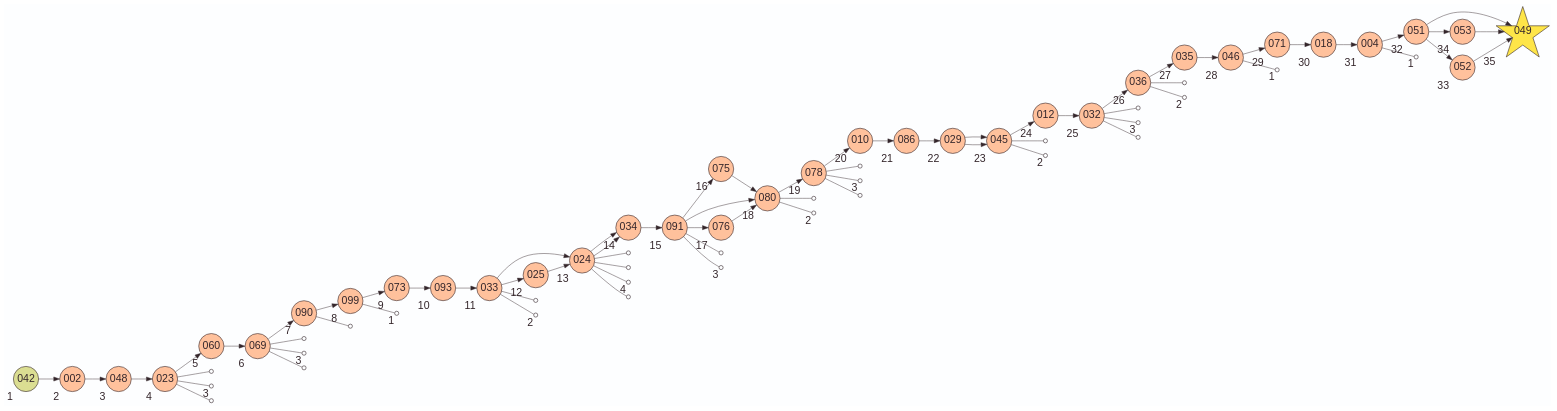
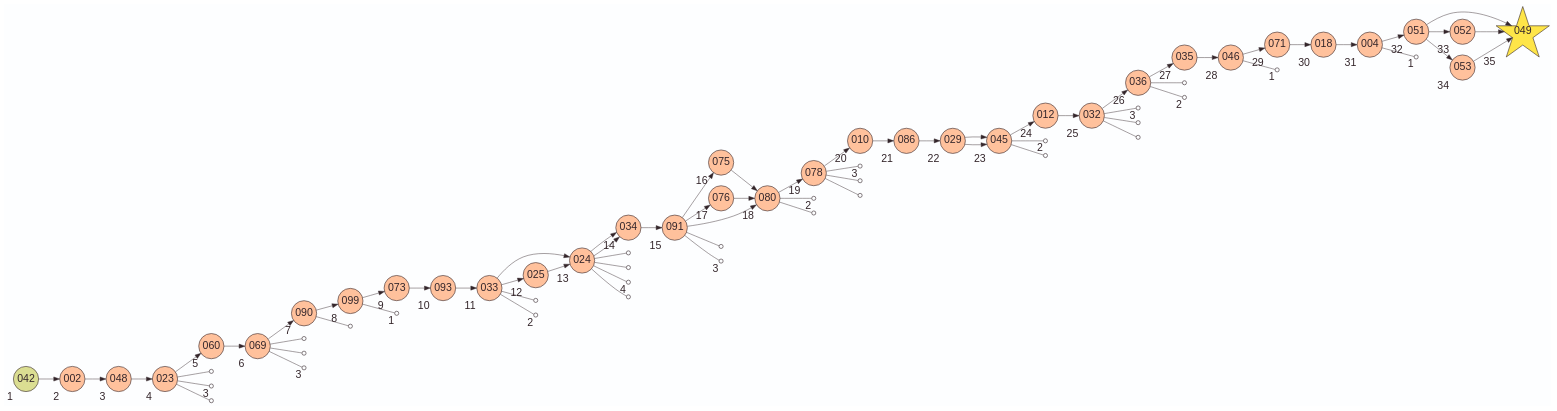
Before and after one commit to laowantong/sqlab_island: the diagram in en/mariadb/output/activity_map.gv, drawn with Graphviz. The commit also changed other lines of this file and 11 other files, not shown here.

```diff
--- a/en/mariadb/output/activity_map.gv
+++ b/en/mariadb/output/activity_map.gv
@@ -1,164 +1,164 @@
 digraph G {
     layout=dot
     rankdir=LR
     bgcolor="#FDFEFF"
     edge [color="#34262B" penwidth=0.75]
     node [
         shape=star
         fixedsize=true
         width=0.3
         height=0.3
         fillcolor="#FEE548"
         color="#34262B"
         fontcolor="#34262B"
         fontsize=18
         penwidth=1
         style=filled
         label=""
     ]
     
     node [width=1.2 height=1.2 fontname=Helvetica label="\N"]
     049
     node [ width=0.6 height=0.6 shape=circle fillcolor="#FFC19C"]
+    002 [xlabel=2]
+    004 [xlabel=31]
+    010 [xlabel=20]
+    012 [xlabel=24]
+    018 [xlabel=30]
     023 [xlabel=4]
+    024 [xlabel=13]
+    025 [xlabel=12]
+    029 [xlabel=22]
+    032 [xlabel=25]
+    033 [xlabel=11]
+    034 [xlabel=14]
+    035 [xlabel=27]
+    036 [xlabel=26]
+    045 [xlabel=23]
+    046 [xlabel=28]
+    048 [xlabel=3]
+    049 [xlabel=35]
+    051 [xlabel=32]
+    052 [xlabel=33]
+    053 [xlabel=34]
+    060 [xlabel=5]
+    069 [xlabel=6]
+    071 [xlabel=29]
+    073 [xlabel=9]
     075 [xlabel=16]
-    048 [xlabel=3]
+    076 [xlabel=17]
+    078 [xlabel=19]
+    080 [xlabel=18]
+    086 [xlabel=21]
+    090 [xlabel=7]
     091 [xlabel=15]
-    078 [xlabel=19]
-    073 [xlabel=9]
-    080 [xlabel=18]
-    024 [xlabel=13]
-    046 [xlabel=28]
-    002 [xlabel=2]
-    032 [xlabel=25]
+    093 [xlabel=10]
     099 [xlabel=8]
-    012 [xlabel=24]
-    029 [xlabel=22]
-    093 [xlabel=10]
-    034 [xlabel=14]
-    010 [xlabel=20]
-    069 [xlabel=6]
-    053 [xlabel=34]
-    086 [xlabel=21]
-    049 [xlabel=35]
-    036 [xlabel=26]
-    090 [xlabel=7]
-    035 [xlabel=27]
-    025 [xlabel=12]
-    045 [xlabel=23]
-    004 [xlabel=31]
-    052 [xlabel=33]
-    018 [xlabel=30]
-    071 [xlabel=29]
-    060 [xlabel=5]
-    076 [xlabel=17]
-    051 [xlabel=32]
-    033 [xlabel=11]
     node [fillcolor="#DBDE92"]
     
     042 [xlabel=1]
     
+    002 -> 048
+    004 -> 051
+    010 -> 086
+    012 -> 032
+    018 -> 004
+    023 -> 060
+    024 -> 034
+    024 -> 034
+    025 -> 024
+    029 -> 045
+    029 -> 045
+    032 -> 036
+    033 -> 024
+    033 -> 025
+    034 -> 091
+    035 -> 046
+    036 -> 035
     042 -> 002
-    002 -> 048
+    045 -> 012
+    046 -> 071
     048 -> 023
-    023 -> 060
+    051 -> 049
+    051 -> 052
+    051 -> 053
+    052 -> 049
+    053 -> 049
     060 -> 069
     069 -> 090
+    071 -> 018
+    073 -> 093
+    075 -> 080
+    076 -> 080
+    078 -> 010
+    080 -> 078
+    086 -> 029
     090 -> 099
-    099 -> 073
-    073 -> 093
-    093 -> 033
-    033 -> 024
-    033 -> 025
-    025 -> 024
-    024 -> 034
-    024 -> 034
-    034 -> 091
-    091 -> 080
     091 -> 075
     091 -> 076
-    075 -> 080
-    076 -> 080
-    080 -> 078
-    078 -> 010
-    010 -> 086
-    086 -> 029
-    029 -> 045
-    029 -> 045
-    045 -> 012
-    012 -> 032
-    032 -> 036
-    036 -> 035
-    035 -> 046
-    046 -> 071
-    071 -> 018
-    018 -> 004
-    004 -> 051
-    051 -> 052
-    051 -> 053
-    051 -> 049
-    052 -> 049
-    053 -> 049
+    091 -> 080
+    093 -> 033
+    099 -> 073
     node [width=0.1 height=0.1 label="" fillcolor=none]
-    50457013926347
-    47890482868936 [xlabel=3]
-    37150133620128
-    71218742664725
-    75420150557596 [xlabel=3]
-    72792619708639
-    29293607320320
-    14915938923952 [xlabel=1]
+    128655226577199
+    136221754469805 [xlabel=2]
     138282073330312
     138996212731035 [xlabel=2]
+    14915938923952 [xlabel=1]
+    161821468565730
+    165888542179420
+    166013587439609 [xlabel=4]
     167117019028817
-    161821468565730
-    166013587439609 [xlabel=4]
-    165888542179420
+    18257904005745 [xlabel=2]
+    203554996898747 [xlabel=1]
+    218198158603602 [xlabel=2]
+    238466580765852
     24919761524173
     25101277790992 [xlabel=3]
     27912063284788
-    18257904005745 [xlabel=2]
+    29293607320320
+    34285849059910 [xlabel=3]
     34285849060722
-    34285849059910 [xlabel=3]
     34285849061160
-    238466580765852
-    218198158603602 [xlabel=2]
-    41764381395024
+    37150133620128
     40021435400308 [xlabel=3]
     41611545528035
-    128655226577199
-    136221754469805 [xlabel=2]
-    203554996898747 [xlabel=1]
+    41764381395024
+    47890482868936 [xlabel=3]
+    50457013926347
     66098661366712 [xlabel=1]
+    71218742664725
+    72792619708639
+    75420150557596 [xlabel=3]
     edge [arrowhead=none]
+    004 -> 66098661366712
+    023 -> 37150133620128
+    023 -> 47890482868936
     023 -> 50457013926347
-    023 -> 47890482868936
-    023 -> 37150133620128
-    069 -> 71218742664725
-    069 -> 75420150557596
-    069 -> 72792619708639
-    090 -> 29293607320320
-    099 -> 14915938923952
+    024 -> 161821468565730
+    024 -> 165888542179420
+    024 -> 166013587439609
+    024 -> 167117019028817
+    032 -> 40021435400308
+    032 -> 41611545528035
+    032 -> 41764381395024
     033 -> 138282073330312
     033 -> 138996212731035
-    024 -> 167117019028817
-    024 -> 161821468565730
-    024 -> 166013587439609
-    024 -> 165888542179420
+    036 -> 128655226577199
+    036 -> 136221754469805
+    045 -> 218198158603602
+    045 -> 238466580765852
+    046 -> 203554996898747
+    069 -> 71218742664725
+    069 -> 72792619708639
+    069 -> 75420150557596
+    078 -> 34285849059910
+    078 -> 34285849060722
+    078 -> 34285849061160
+    080 -> 18257904005745
+    080 -> 27912063284788
+    090 -> 29293607320320
     091 -> 24919761524173
     091 -> 25101277790992
-    080 -> 27912063284788
-    080 -> 18257904005745
-    078 -> 34285849060722
-    078 -> 34285849059910
-    078 -> 34285849061160
-    045 -> 238466580765852
-    045 -> 218198158603602
-    032 -> 41764381395024
-    032 -> 40021435400308
-    032 -> 41611545528035
-    036 -> 128655226577199
-    036 -> 136221754469805
-    046 -> 203554996898747
-    004 -> 66098661366712
+    099 -> 14915938923952
 }
```
